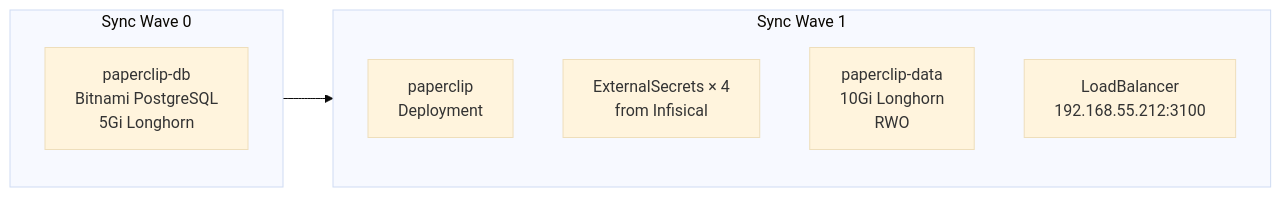
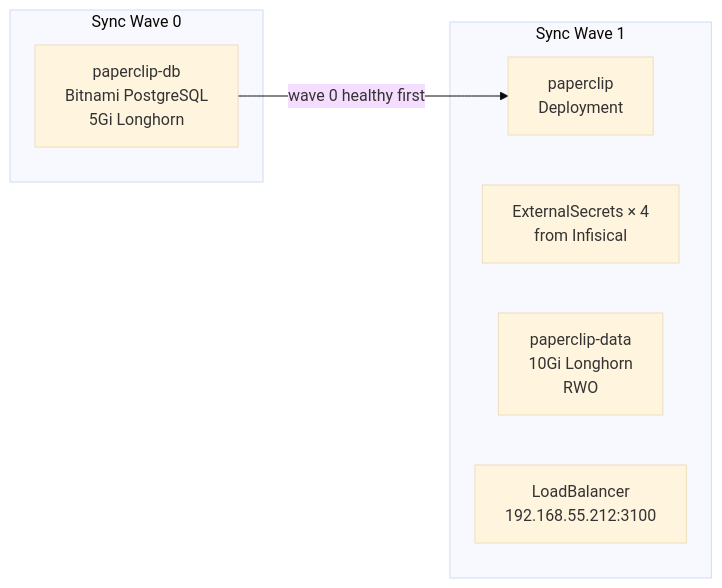
Before and after one commit to derio-net/frank: the second of 3 diagrams in blog/content/docs/building/15-paperclip/index.md, drawn with Mermaid (base theme). The commit also changed 24 other files, not shown here.

````diff
--- a/blog/content/docs/building/15-paperclip/index.md
+++ b/blog/content/docs/building/15-paperclip/index.md
@@ -49,14 +49,14 @@
 ```mermaid
 flowchart LR
   subgraph Wave0[Sync Wave 0]
     DB[paperclip-db<br/>Bitnami PostgreSQL<br/>5Gi Longhorn]
   end
   subgraph Wave1[Sync Wave 1]
     P[paperclip<br/>Deployment]
     ES[ExternalSecrets × 4<br/>from Infisical]
     PVC[paperclip-data<br/>10Gi Longhorn<br/>RWO]
     LB[LoadBalancer<br/>192.168.55.212:3100]
   end
 
-  Wave0 --> Wave1
+  DB -->|wave 0 healthy first| P
 ```
````
